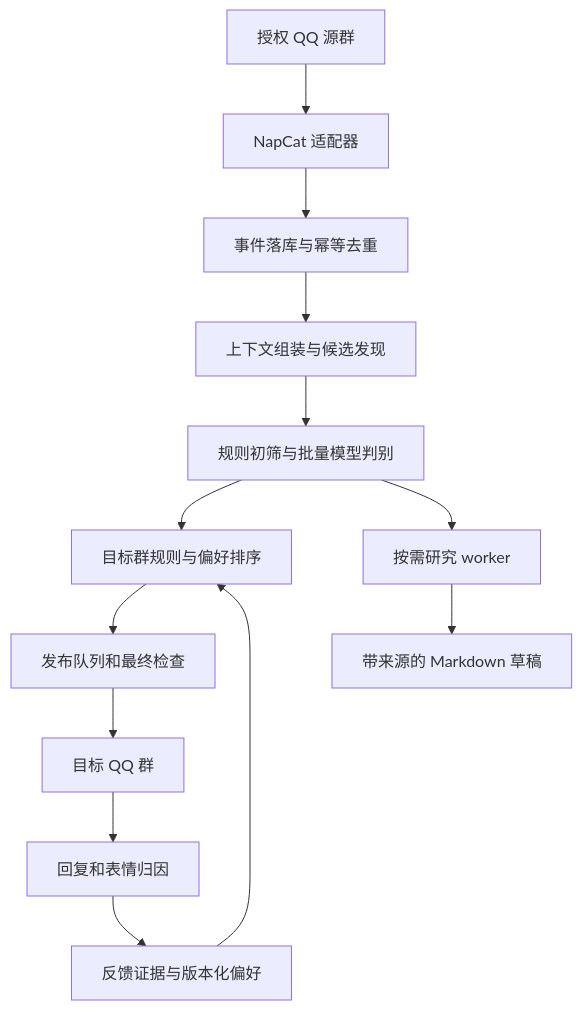
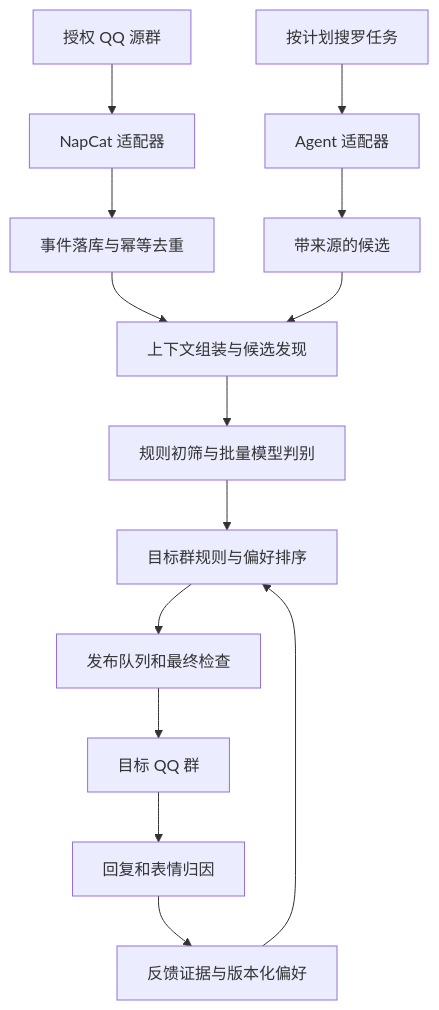
Before and after one commit to mydefinition/pullshit: the diagram in doc/design.md, drawn with Mermaid. The commit also changed other lines of this file and 6 other files, not shown here.

````diff
--- a/doc/design.md
+++ b/doc/design.md
@@ -33,15 +29,16 @@
 ```mermaid
 flowchart TD
     A[授权 QQ 源群] --> B[NapCat 适配器]
     B --> C[事件落库与幂等去重]
     C --> D[上下文组装与候选发现]
     D --> E[规则初筛与批量模型判别]
     E --> F[目标群规则与偏好排序]
     F --> G[发布队列和最终检查]
     G --> H[目标 QQ 群]
     H --> I[回复和表情归因]
     I --> J[反馈证据与版本化偏好]
     J --> F
-    E --> K[按需研究 worker]
-    K --> L[带来源的 Markdown 草稿]
+    K[按计划搜罗任务] --> L[Agent 适配器]
+    L --> M[带来源的候选]
+    M --> D
 ```
````
